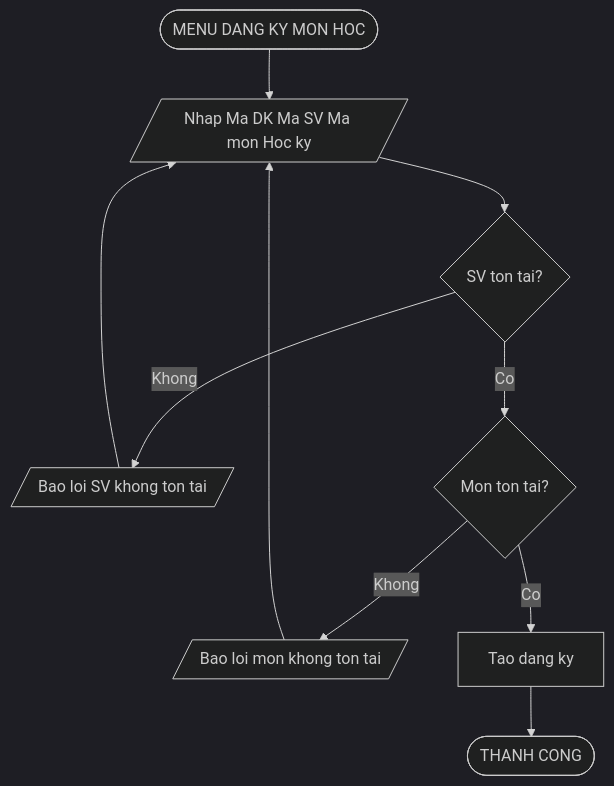
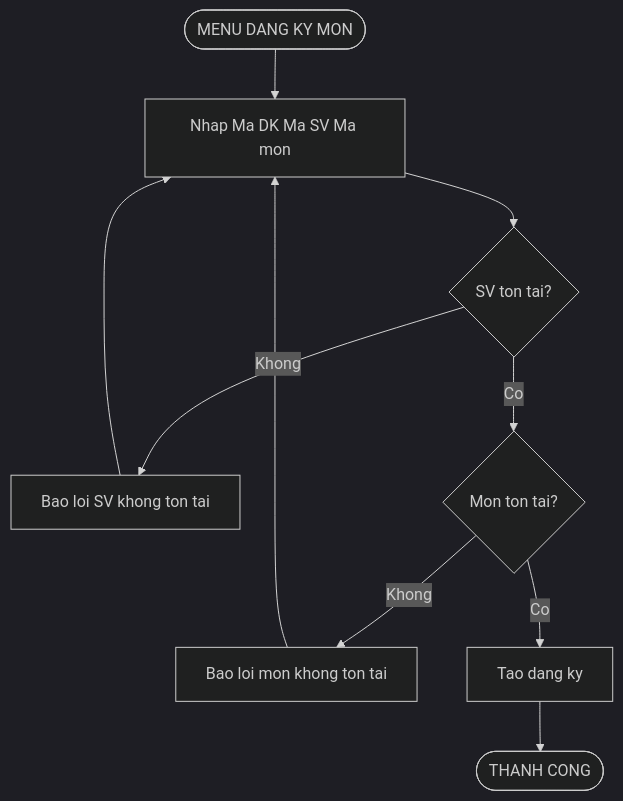
One commit to phucphuc2006/pro-192 changed diagram 14 of 20 in docs/Flowcharts/Flowcharts.md. Above: the diagram before and after it, drawn with Mermaid (dark theme). The commit also changed other lines of this file, not shown here.

Commit message:
Fix Mermaid: remove parallelogram syntax for GitHub

````diff
--- a/docs/Flowcharts/Flowcharts.md
+++ b/docs/Flowcharts/Flowcharts.md
@@ -246,12 +244,12 @@
 ```mermaid
 flowchart TD
-    A([MENU DANG KY MON HOC]) --> B[/Nhap Ma DK Ma SV Ma mon Hoc ky/]
+    A([MENU DANG KY MON]) --> B[Nhap Ma DK Ma SV Ma mon]
     B --> C{SV ton tai?}
-    C -->|Khong| D[/Bao loi SV khong ton tai/]
+    C -->|Khong| D[Bao loi SV khong ton tai]
     D --> B
     C -->|Co| E{Mon ton tai?}
-    E -->|Khong| F[/Bao loi mon khong ton tai/]
+    E -->|Khong| F[Bao loi mon khong ton tai]
     F --> B
     E -->|Co| G[Tao dang ky]
     G --> H([THANH CONG])
 ```
````
